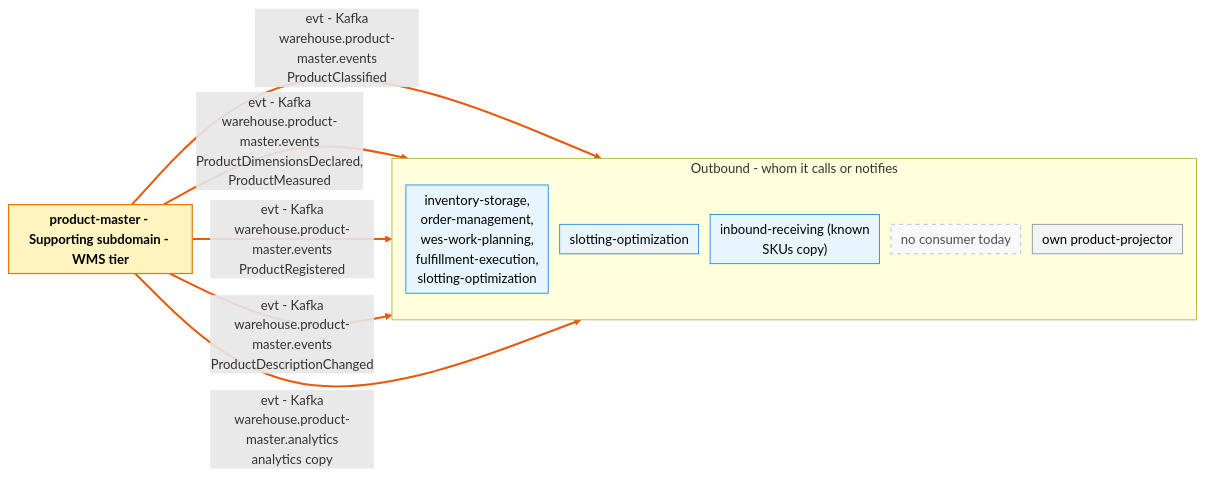
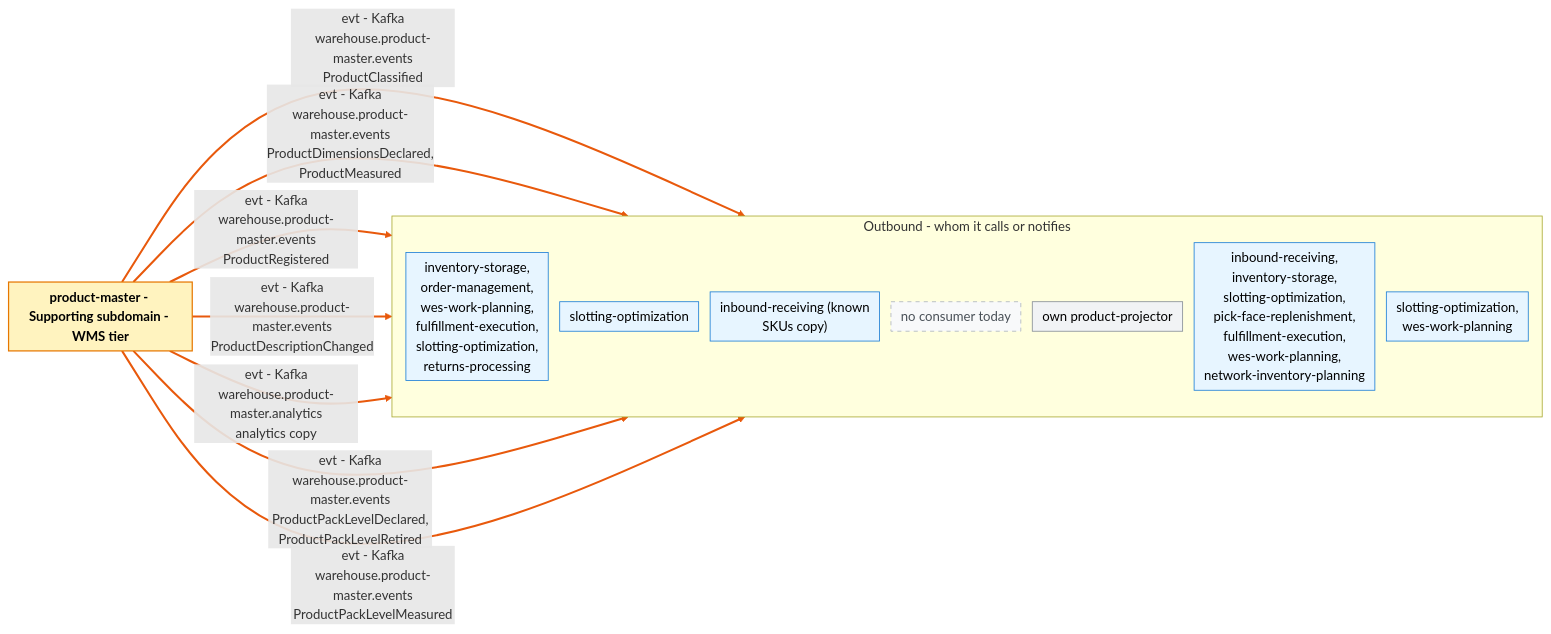
The second of 2 diagrams in docs/docs/ddd/bounded-context-canvas.md (IQVO/product-master), drawn with Mermaid before and after one commit. The commit also changed other lines of this file and 12 other files, not shown here.

First line of the commit message:
docs(product-master): reconcile consumers and pack-level state with the code

````diff
--- a/docs/docs/ddd/bounded-context-canvas.md
+++ b/docs/docs/ddd/bounded-context-canvas.md
@@ -70,30 +70,36 @@
 ```mermaid
 %%{init: {"flowchart": {"nodeSpacing": 14, "rankSpacing": 40, "padding": 6}}}%%
 flowchart LR
     classDef bc fill:#fff3bf,stroke:#e67700,stroke-width:1.5px,color:#000
     classDef card fill:#fff9db,stroke:#f08c00,color:#000,text-align:left
     classDef ctx fill:#e7f5ff,stroke:#1c7ed6,color:#000
     classDef actor fill:#fff4e6,stroke:#e8590c,color:#000
     classDef ext fill:#ffe3e3,stroke:#c92a2a,color:#000
     classDef self fill:#f1f3f5,stroke:#868e96,color:#000
     classDef none fill:#f8f9fa,stroke:#adb5bd,stroke-dasharray:5 5,color:#495057
     BC["<b>product-master - Supporting subdomain - WMS tier</b>"]:::bc
     subgraph OUT["Outbound - whom it calls or notifies"]
         direction TB
-        out0["inventory-storage,<br/>order-management,<br/>wes-work-planning,<br/>fulfillment-execution,<br/>slotting-optimization"]:::ctx
+        out0["inventory-storage,<br/>order-management,<br/>wes-work-planning,<br/>fulfillment-execution,<br/>slotting-optimization,<br/>returns-processing"]:::ctx
         out1["slotting-optimization"]:::ctx
         out2["inbound-receiving (known<br/>SKUs copy)"]:::ctx
         out3["no consumer today"]:::none
         out4["own product-projector"]:::self
+        out5["inbound-receiving,<br/>inventory-storage,<br/>slotting-optimization,<br/>pick-face-replenishment,<br/>fulfillment-execution,<br/>wes-work-planning,<br/>network-inventory-planning"]:::ctx
+        out6["slotting-optimization,<br/>wes-work-planning"]:::ctx
     end
     BC ==>|"evt - Kafka<br/>warehouse.product-master.events<br/>ProductClassified"| out0
     BC ==>|"evt - Kafka<br/>warehouse.product-master.events<br/>ProductDimensionsDeclared,<br/>ProductMeasured"| out1
     BC ==>|"evt - Kafka<br/>warehouse.product-master.events<br/>ProductRegistered"| out2
     BC ==>|"evt - Kafka<br/>warehouse.product-master.events<br/>ProductDescriptionChanged"| out3
     BC ==>|"evt - Kafka<br/>warehouse.product-master.analytics<br/>analytics copy"| out4
+    BC ==>|"evt - Kafka<br/>warehouse.product-master.events<br/>ProductPackLevelDeclared,<br/>ProductPackLevelRetired"| out5
+    BC ==>|"evt - Kafka<br/>warehouse.product-master.events<br/>ProductPackLevelMeasured"| out6
     linkStyle 0 stroke:#e8590c,stroke-width:2.5px
     linkStyle 1 stroke:#e8590c,stroke-width:2.5px
     linkStyle 2 stroke:#e8590c,stroke-width:2.5px
     linkStyle 3 stroke:#e8590c,stroke-width:2.5px
     linkStyle 4 stroke:#e8590c,stroke-width:2.5px
+    linkStyle 5 stroke:#e8590c,stroke-width:2.5px
+    linkStyle 6 stroke:#e8590c,stroke-width:2.5px
 ```
````
